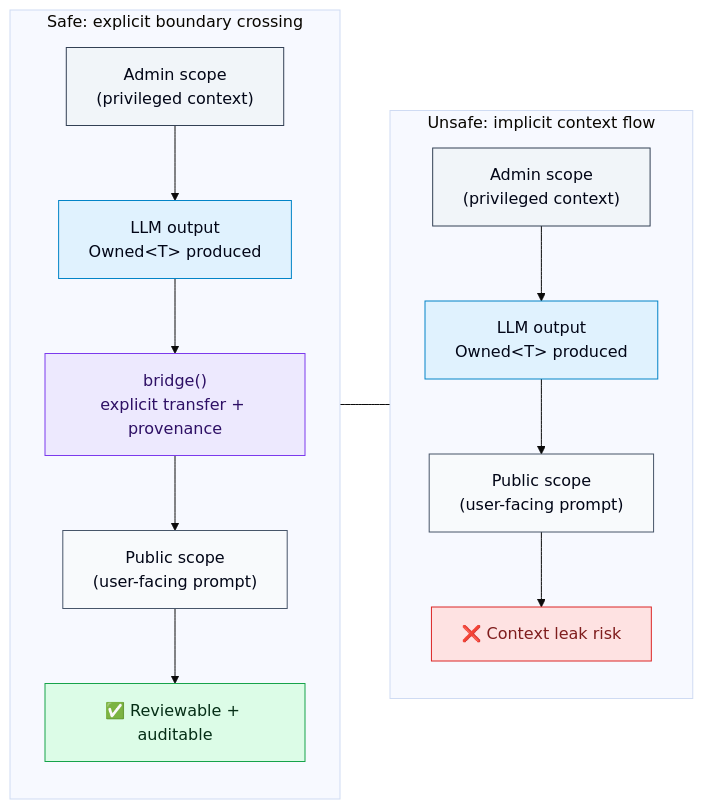
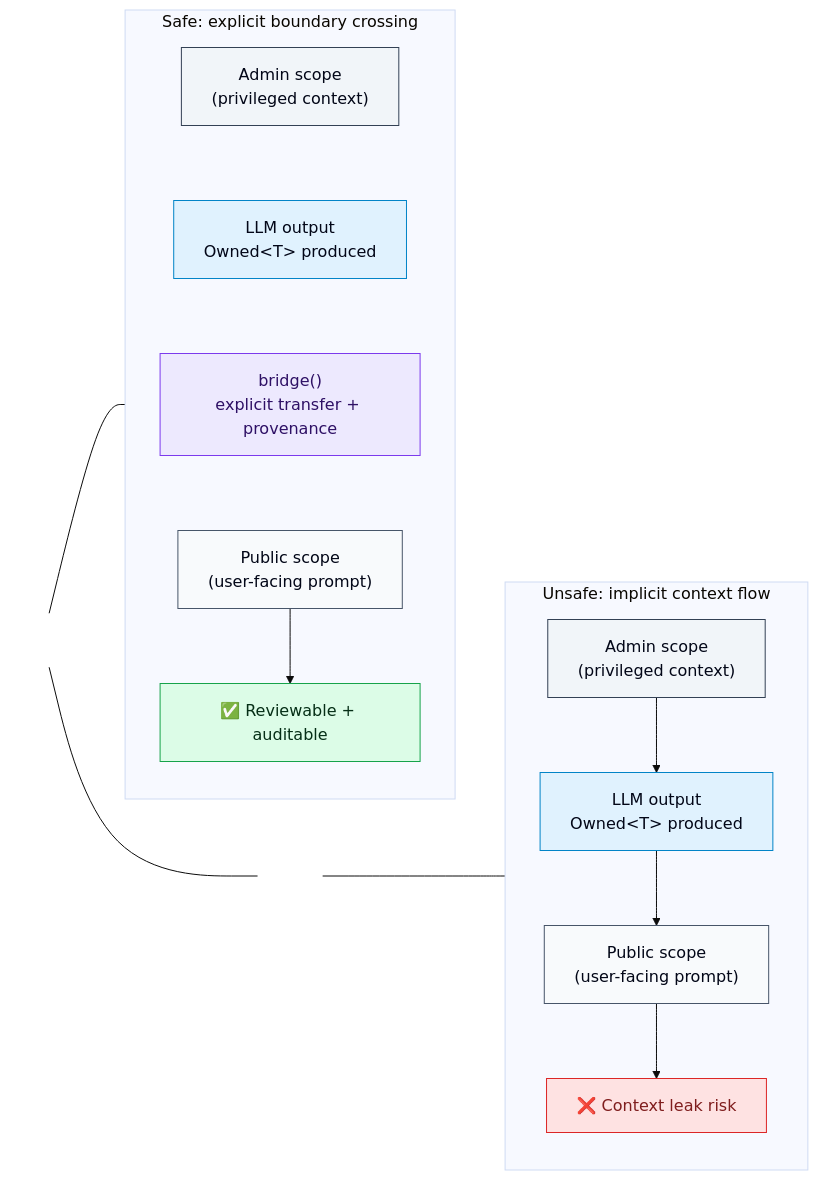
One commit to mullionlabs/mullion-ts changed the diagram in README.md. Above: the diagram before and after it, drawn with Mermaid (base theme).

Commit message:
docs(monorepo): Ашч рorizontal layout for  mermaid chart

````diff
--- a/README.md
+++ b/README.md
@@ -61,34 +61,45 @@
 ```mermaid
 flowchart LR
   %% ========== STYLES ==========
   classDef admin fill:#f1f5f9,stroke:#334155,color:#020617;
   classDef llm fill:#e0f2fe,stroke:#0284c7,color:#020617;
   classDef public fill:#f8fafc,stroke:#475569,color:#020617;
 
   classDef danger fill:#fee2e2,stroke:#dc2626,color:#7f1d1d;
   classDef ok fill:#dcfce7,stroke:#16a34a,color:#052e16;
   classDef bridge fill:#ede9fe,stroke:#7c3aed,color:#2e1065;
 
-  %% ========== SAFE PATH ==========
+  classDef anchor fill:transparent,stroke:transparent,color:transparent;
+
+  %% ========== SAFE (LEFT) ==========
   subgraph S["Safe: explicit boundary crossing"]
     direction TB
     SA["Admin scope<br/>(privileged context)"]:::admin
       --> SO["LLM output<br/>Owned&lt;T&gt; produced"]:::llm
     SO --> SB["bridge()<br/>explicit transfer + provenance"]:::bridge
     SB --> SX["Public scope<br/>(user-facing prompt)"]:::public
     SX --> SOK["✅ Reviewable + auditable"]:::ok
   end
 
-  %% ========== UNSAFE PATH ==========
+  %% ========== UNSAFE (RIGHT) ==========
   subgraph U["Unsafe: implicit context flow"]
     direction TB
     UA["Admin scope<br/>(privileged context)"]:::admin
       --> UO["LLM output<br/>Owned&lt;T&gt; produced"]:::llm
     UO --> UX["Public scope<br/>(user-facing prompt)"]:::public
     UX --> UL["❌ Context leak risk"]:::danger
   end
 
-  %% Force horizontal layout between subgraphs
-  S --- U
+  %% ========== LAYOUT ANCHORS (no visible connection) ==========
+  AL["."]:::anchor
+  AR["."]:::anchor
+  AL --- AR
+  linkStyle 0 stroke:transparent,stroke-width:0;
+
+  %% attach anchors to each subgraph to force LR placement
+  AL --- SA
+  AR --- UA
+  linkStyle 1 stroke:transparent,stroke-width:0;
+  linkStyle 2 stroke:transparent,stroke-width:0;
 
 ```
````
